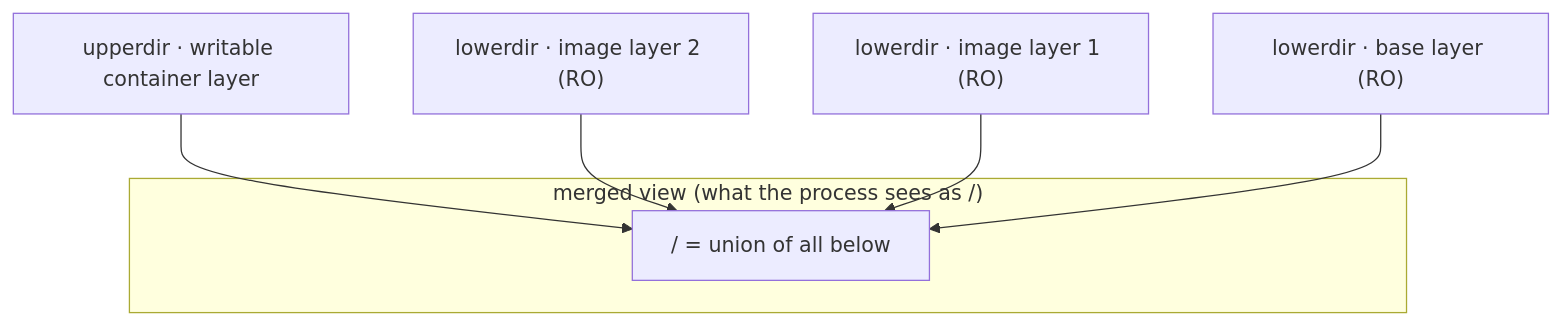
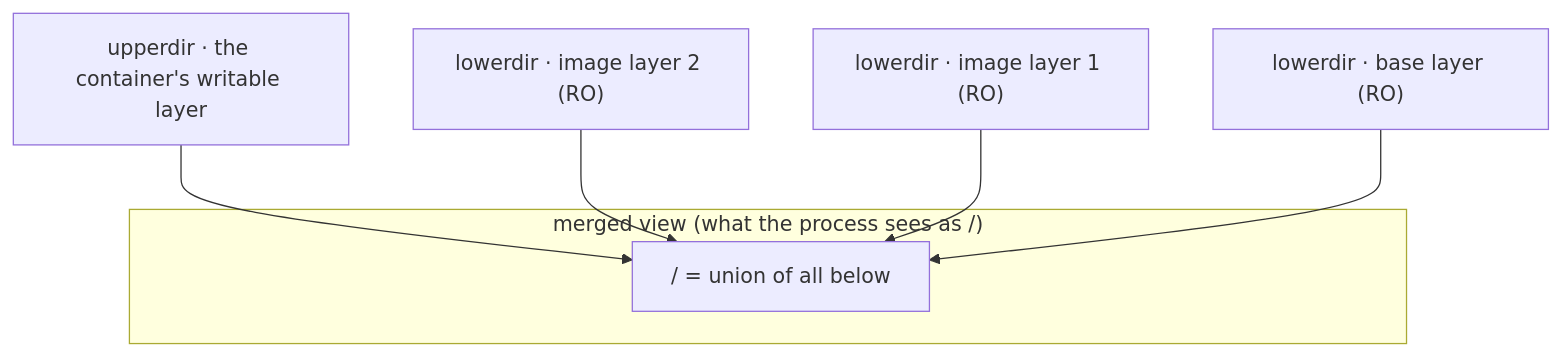
One commit to PaulSayantan/grokking-interview changed the fourth of 8 diagrams in topics/docker/image-internals-storage-drivers/concepts.md. Above: the diagram before and after it, drawn with Mermaid. The commit also changed other lines of this file and 3 other files, not shown here.

````diff
--- a/topics/docker/image-internals-storage-drivers/concepts.md
+++ b/topics/docker/image-internals-storage-drivers/concepts.md
@@ -265,10 +280,10 @@
 ```mermaid
 flowchart TD
   subgraph Merged["merged view (what the process sees as /)"]
     M["/ = union of all below"]
   end
-  U["upperdir · writable container layer"] --> M
+  U["upperdir · the container's writable layer"] --> M
   L2["lowerdir · image layer 2 (RO)"] --> M
   L1["lowerdir · image layer 1 (RO)"] --> M
   L0["lowerdir · base layer (RO)"] --> M
 ```
````
